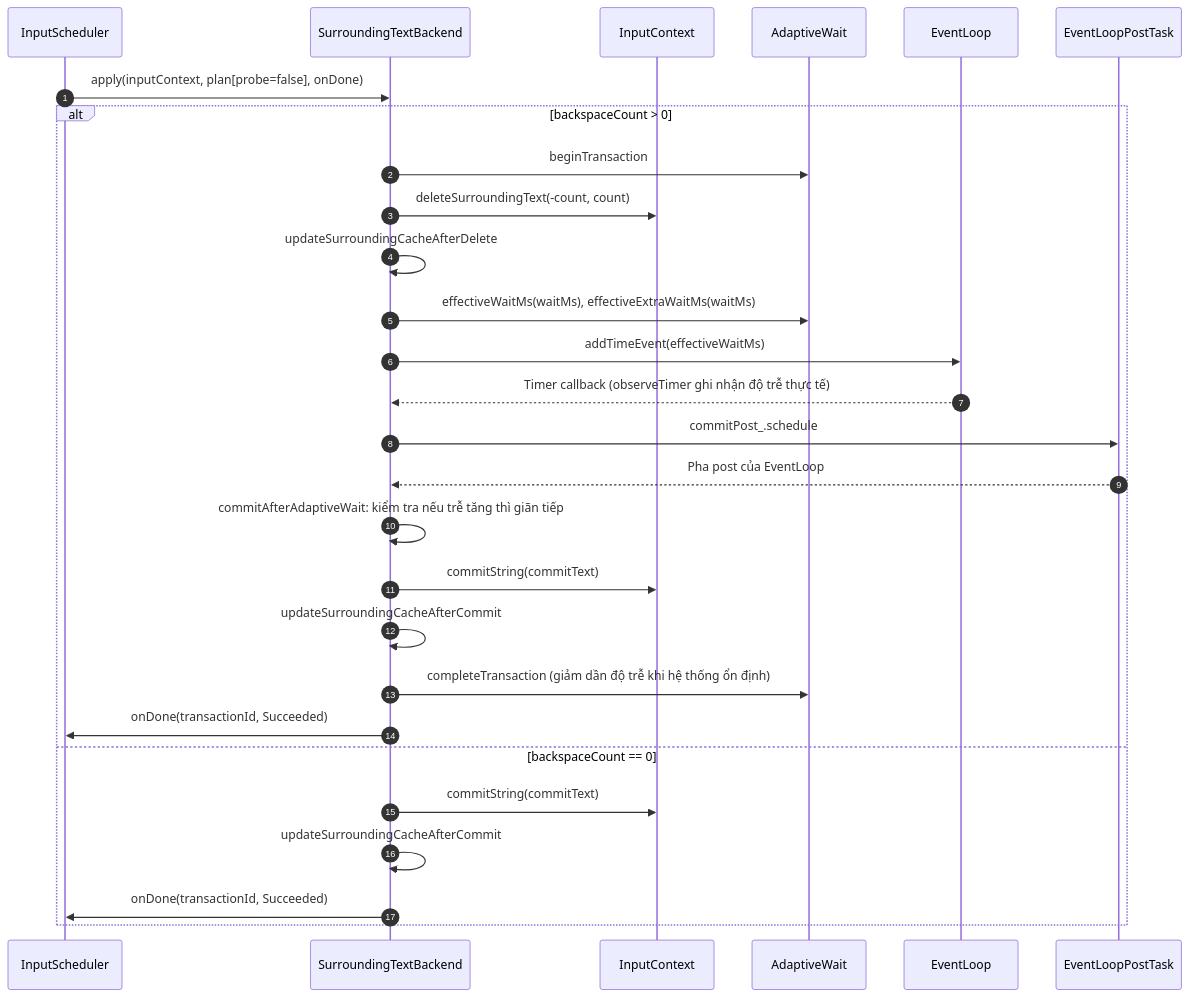
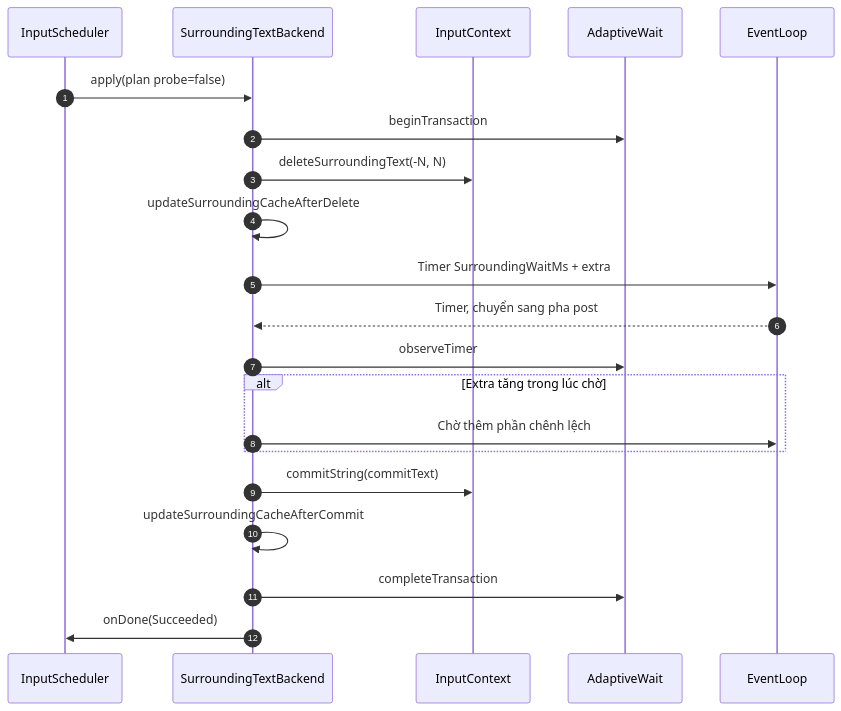
The third of 7 diagrams in docs/ARECA_ARCHITECTURE_SPECIFICATION.md (xhkzeroone/ArecaIME), drawn with Mermaid before and after one commit. The commit also changed other lines of this file and 5 other files, not shown here.

````diff
--- a/docs/ARECA_ARCHITECTURE_SPECIFICATION.md
+++ b/docs/ARECA_ARCHITECTURE_SPECIFICATION.md
@@ -168,31 +175,24 @@
 ```mermaid
 sequenceDiagram
     autonumber
     participant S as InputScheduler
     participant B as SurroundingTextBackend
     participant IC as InputContext
     participant AW as AdaptiveWait
     participant EL as EventLoop
-    participant PT as EventLoopPostTask
 
-    S->>B: apply(inputContext, plan[probe=false], onDone)
-    alt backspaceCount > 0
-        B->>AW: beginTransaction
-        B->>IC: deleteSurroundingText(-count, count)
-        B->>B: updateSurroundingCacheAfterDelete
-        B->>AW: effectiveWaitMs(waitMs), effectiveExtraWaitMs(waitMs)
-        B->>EL: addTimeEvent(effectiveWaitMs)
-        EL-->>B: Timer callback (observeTimer ghi nhận độ trễ thực tế)
-        B->>PT: commitPost_.schedule
-        PT-->>B: Pha post của EventLoop
-        B->>B: commitAfterAdaptiveWait: kiểm tra nếu trễ tăng thì giãn tiếp
-        B->>IC: commitString(commitText)
-        B->>B: updateSurroundingCacheAfterCommit
-        B->>AW: completeTransaction (giảm dần độ trễ khi hệ thống ổn định)
-        B->>S: onDone(transactionId, Succeeded)
-    else backspaceCount == 0
-        B->>IC: commitString(commitText)
-        B->>B: updateSurroundingCacheAfterCommit
-        B->>S: onDone(transactionId, Succeeded)
+    S->>B: apply(plan probe=false)
+    B->>AW: beginTransaction
+    B->>IC: deleteSurroundingText(-N, N)
+    B->>B: updateSurroundingCacheAfterDelete
+    B->>EL: Timer SurroundingWaitMs + extra
+    EL-->>B: Timer, chuyển sang pha post
+    B->>AW: observeTimer
+    alt Extra tăng trong lúc chờ
+        B->>EL: Chờ thêm phần chênh lệch
     end
+    B->>IC: commitString(commitText)
+    B->>B: updateSurroundingCacheAfterCommit
+    B->>AW: completeTransaction
+    B->>S: onDone(Succeeded)
 ```
````
